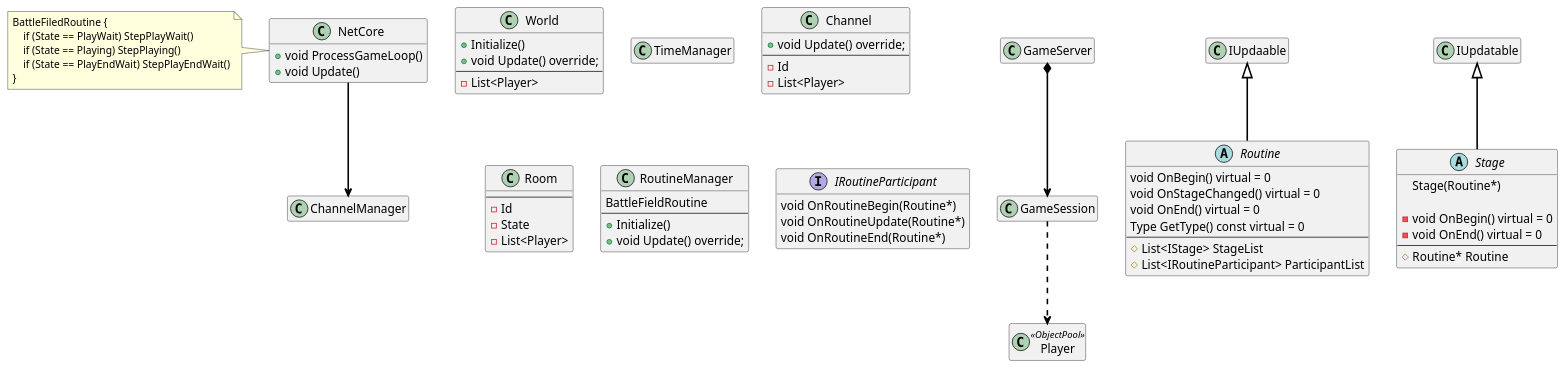
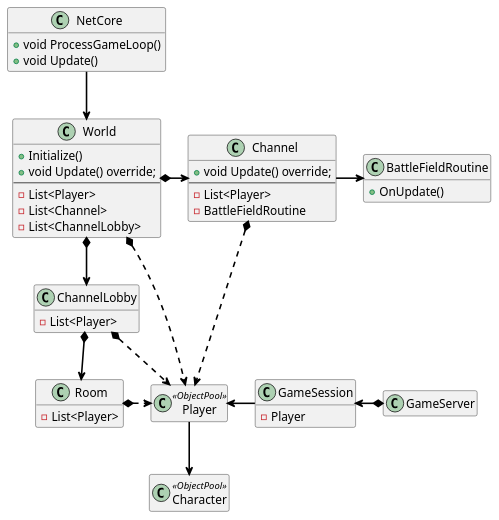
Before and after one commit to yjd6808/_YJD_Harmony: the diagram in Documents/Design/TankFighter/ServerStructure.puml, drawn with PlantUML. The commit also changed 19 other files, not shown here.

```diff
--- a/Documents/Design/TankFighter/ServerStructure.puml
+++ b/Documents/Design/TankFighter/ServerStructure.puml
@@ -1,111 +1,79 @@
 @startuml
 
 'theme 목록 : https://plantuml.com/ko/theme'
 'skinparam 목록 : https://plantuml.com/ko/skinparam'
 skinparam ClassFontSize 20
 skinparam ClassFontColor Black
 skinparam ClassAttributeFontSize 15
 skinparam ArrowColor Black
 skinparam ArrowThickness 2
 
 hide empty methods
 hide empty fields
 
 class NetCore {
     + void ProcessGameLoop()
     + void Update()
 }
 
-note left
-BattleFiledRoutine {
-    if (State == PlayWait) StepPlayWait()
-    if (State == Playing) StepPlaying()
-    if (State == PlayEndWait) StepPlayEndWait()
-}
-end note
-
 class GameServer {
 
 }
 
 class GameSession {
-
+    - Player
 }
 
 class World {
     + Initialize()
     + void Update() override;
     --
     - List<Player>
-}
-
-class TimeManager {
-
+    - List<Channel>
+    - List<ChannelLobby>
 }
 
 class Channel {
     + void Update() override;
     --
-    - Id
+    - List<Player>
+    - BattleFieldRoutine
+}
+
+class ChannelLobby {
     - List<Player>
 }
 
 class Room {
-    --
-    - Id
-    - State
     - List<Player>
 }
 
 class Player<<ObjectPool>> {
 
 }
 
-class RoutineManager { 
-    BattleFieldRoutine
-    --
-    + Initialize()
-    + void Update() override;
+class Character<<ObjectPool>> {
+
 }
 
-/' 
-배틀필드 루틴은 항상 백그라운드로 돌아가고 있어야함. -> 어디서 업데이트를 돌릴 것인가? (메인쓰레드)
-배틀필드 루틴에는 참가자가 존재함. 이 참가자들을 대상으로 업데이트를 진행한다.
-이 참가자는 Room이 될 수 있겠다. 배틀필드를 진행중인 방들!
-즉 Room은 IRoutineParticipant를 상속받는다.
-기본적으로 방, 플레이어, 채널등의 게임
-'/
-
-interface IRoutineParticipant {
-    void OnRoutineBegin(Routine*)
-    void OnRoutineUpdate(Routine*)
-    void OnRoutineEnd(Routine*)
+class BattleFieldRoutine {
+    + OnUpdate()
 }
 
-abstract Routine extends IUpdaable {
-    void OnBegin() virtual = 0
-    void OnStageChanged() virtual = 0
-    void OnEnd() virtual = 0
-    Type GetType() const virtual = 0
-    --
-    # List<IStage> StageList
-    # List<IRoutineParticipant> ParticipantList
-}
+NetCore --> World
+World *-r-> Channel
+World *--> ChannelLobby
+Channel -r-> BattleFieldRoutine
+ChannelLobby *--> Room
+World *.r.> Player
+Channel *.r.> Player
+ChannelLobby *.r.> Player
+Room *.r.> Player
+Player -d-> Character
 
-abstract Stage extends IUpdatable {
-    Stage(Routine*)
-
-    - void OnBegin() virtual = 0
-    - void OnEnd() virtual = 0
-    --
-    # Routine* Routine
-}
-
-NetCore --> ChannelManager
-
-GameServer *-d-> GameSession
-GameSession .d.> Player
+GameServer *-l-> GameSession
+GameSession -l-> Player
 
 
 
 @enduml
```
